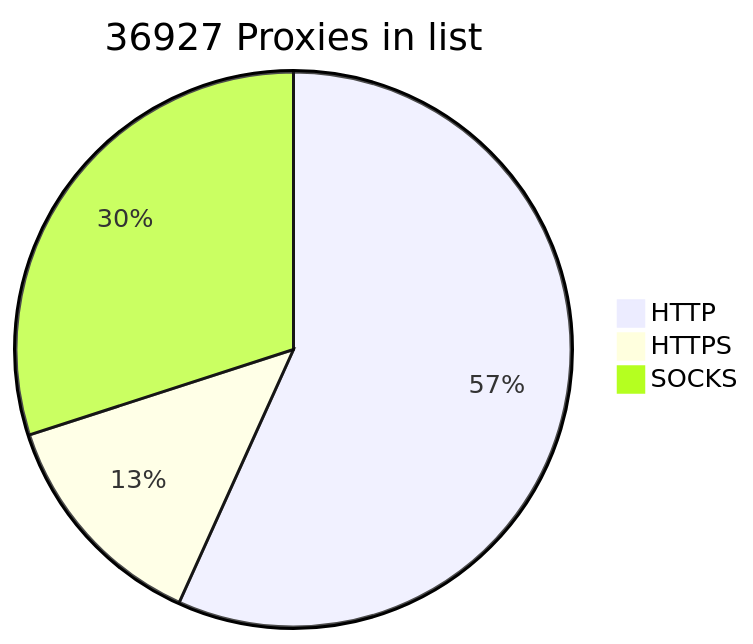
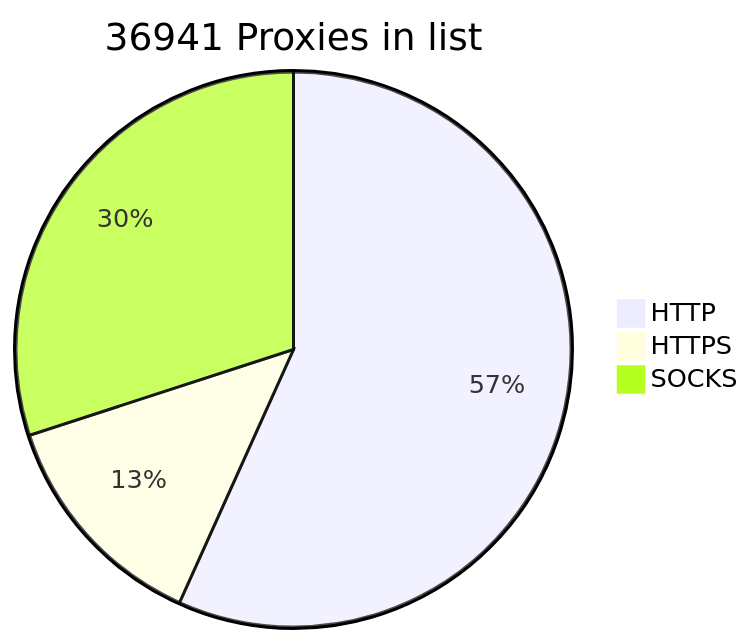
Before and after one commit to BlackSnowDot/proxylist-update-every-minute: the diagram in README.md, drawn with Mermaid.

````diff
--- a/README.md
+++ b/README.md
@@ -2,6 +2,6 @@
 ```mermaid
-pie title 36927 Proxies in list
-    "HTTP" : 23295
+pie title 36941 Proxies in list
+    "HTTP" : 23296
     "HTTPS": 5446
-    "SOCKS" : 12305
+    "SOCKS" : 12318
 ```
````
